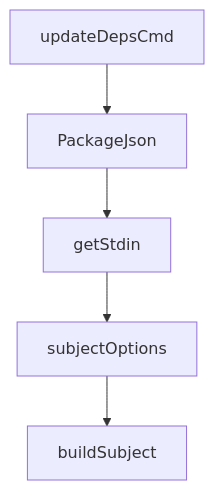
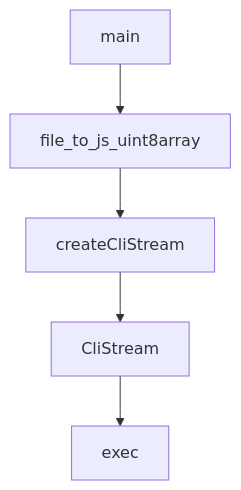
One commit to johnxie/awesome-code-docs changed the diagram in tutorials/fireproof-tutorial/02-core-document-api-and-query-lifecycle.md. Above: the diagram before and after it, drawn with Mermaid. The commit also changed other lines of this file and 1232 other files, not shown here.

````diff
--- a/tutorials/fireproof-tutorial/02-core-document-api-and-query-lifecycle.md
+++ b/tutorials/fireproof-tutorial/02-core-document-api-and-query-lifecycle.md
@@ -216,12 +197,12 @@
 ```mermaid
 flowchart TD
-    A[updateDepsCmd]
-    B[PackageJson]
-    C[getStdin]
-    D[subjectOptions]
-    E[buildSubject]
+    A[main]
+    B[file_to_js_uint8array]
+    C[createCliStream]
+    D[CliStream]
+    E[exec]
     A --> B
     B --> C
     C --> D
     D --> E
 ```
````
